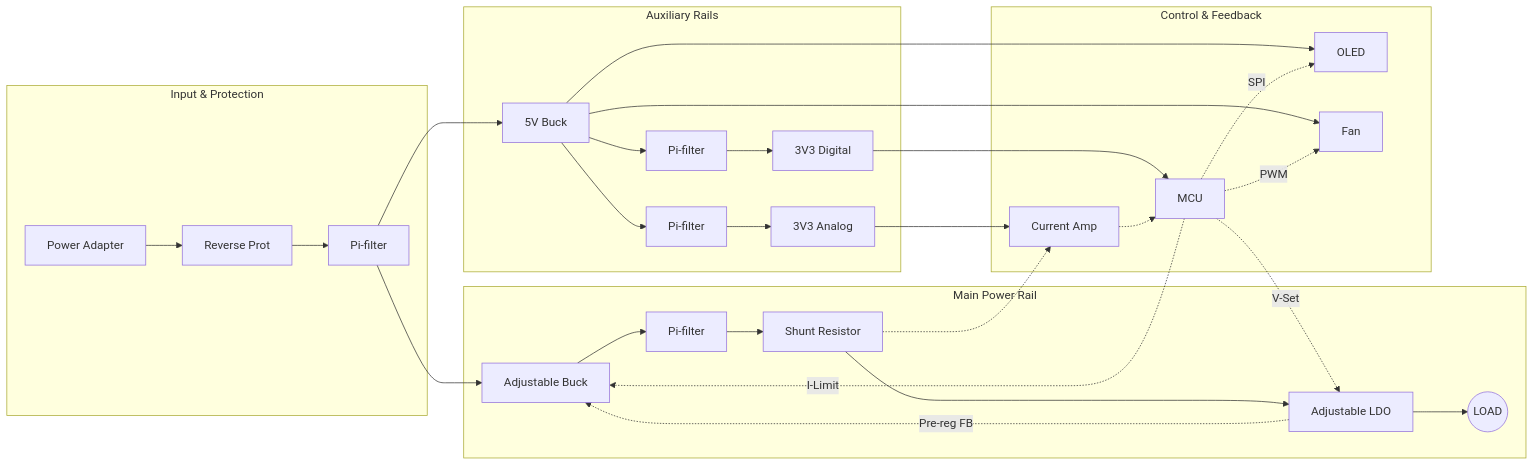
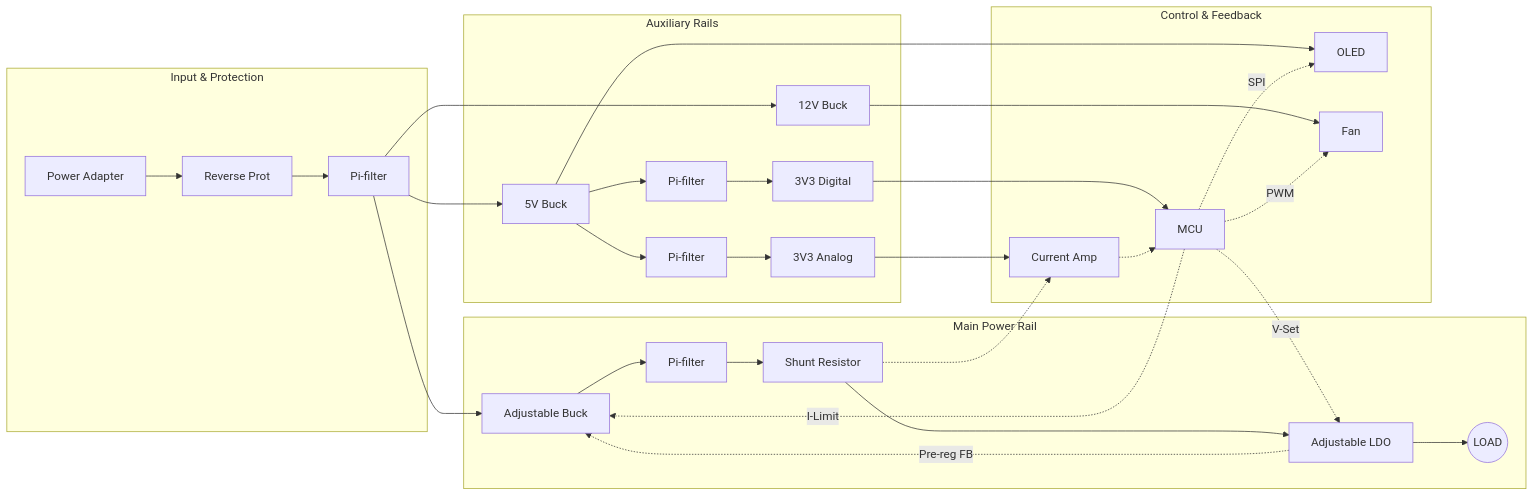
One commit to BaranGuvendiren/digital-bench-power-supply changed the diagram in README.md. Above: the diagram before and after it, drawn with Mermaid. The commit also changed other lines of this file, not shown here.

First line of the commit message:
docs: update hardware architecture in README

````diff
--- a/README.md
+++ b/README.md
@@ -39,39 +40,40 @@
 ```mermaid
 flowchart LR
   subgraph INPUT_STAGE [Input & Protection]
     IN[Power Adapter] --> PROT[Reverse Prot] --> PI1[Pi-filter]
   end
 
   subgraph MAIN_RAIL [Main Power Rail]
     PI1 --> BUCK_ADJ[Adjustable Buck]
     BUCK_ADJ --> PI2[Pi-filter] --> SHUNT[Shunt Resistor] --> LDO_ADJ[Adjustable LDO] --> OUT((LOAD))
   end
 
   subgraph AUX_RAILS [Auxiliary Rails]
     PI1 --> BUCK_5V[5V Buck]
+    PI1 --> BUCK_12V[12V Buck]
     BUCK_5V --> PI3[Pi-filter] --> LDO_3V3_D[3V3 Digital]
     BUCK_5V --> PI4[Pi-filter] --> LDO_3V3_A[3V3 Analog]
   end
 
   subgraph CONTROL [Control & Feedback]
     MCU[MCU]
     AMP[Current Amp]
     DISP[OLED]
     FAN[Fan]
   end
 
   LDO_3V3_D --> MCU
   LDO_3V3_A --> AMP
   BUCK_5V --> DISP
-  BUCK_5V --> FAN
+  BUCK_12V --> FAN
 
   MCU -.->|V-Set| LDO_ADJ
   MCU -.->|I-Limit| BUCK_ADJ
   MCU -.->|PWM| FAN
   MCU -.->|SPI| DISP
     
   SHUNT -.-> AMP
   AMP -.-> MCU
     
   LDO_ADJ -.->|Pre-reg FB| BUCK_ADJ
 ```
````
